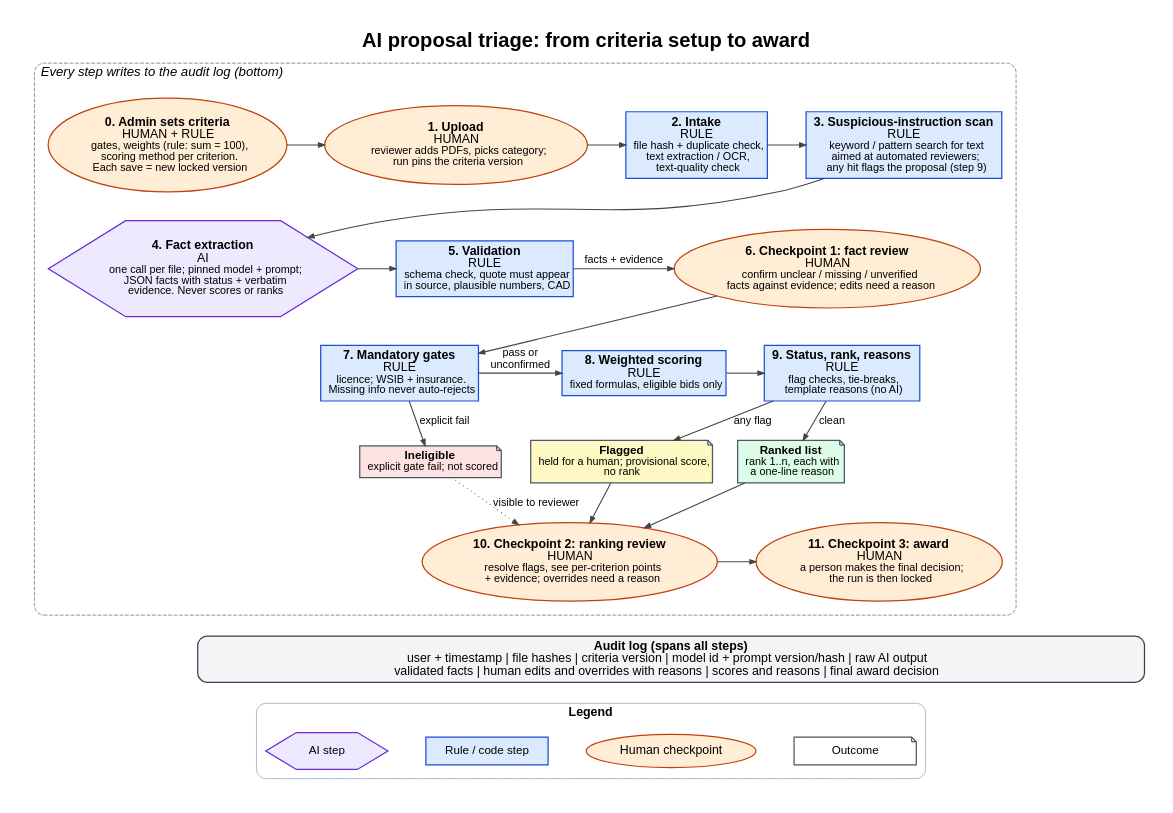
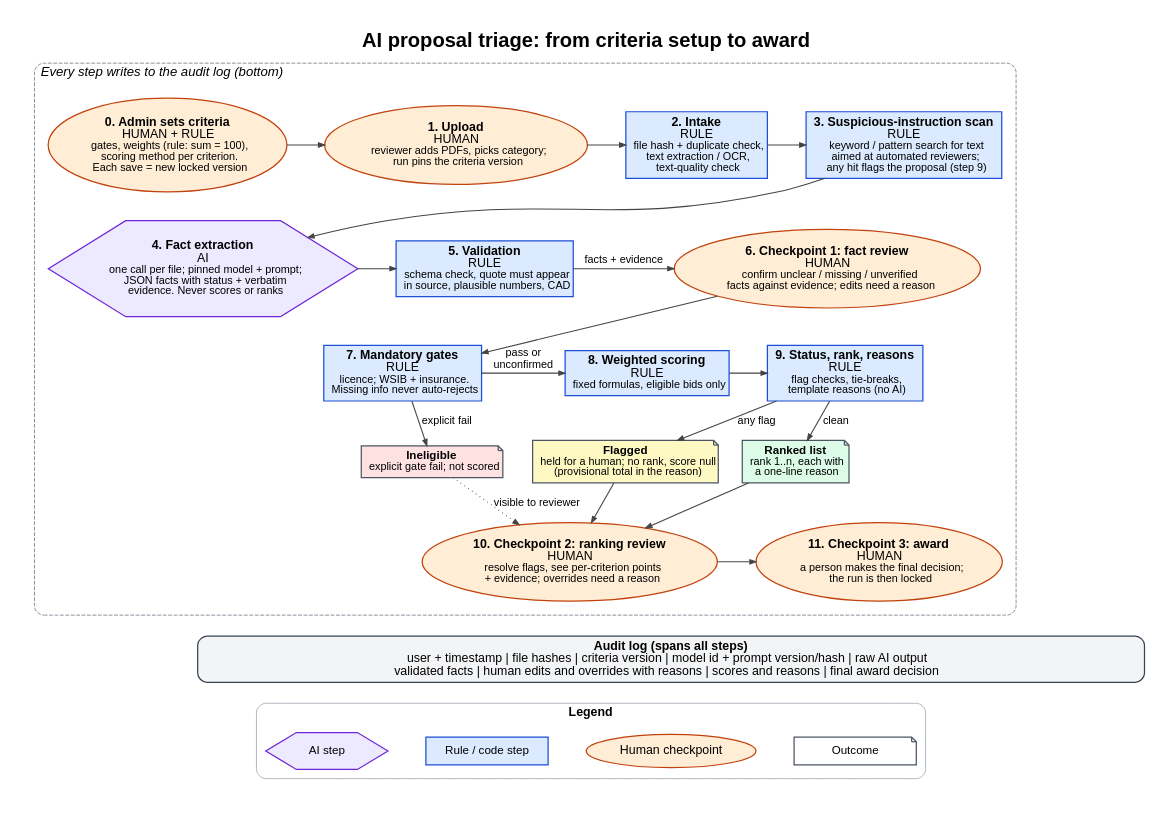
Before and after one commit to mrehanmajeed/matacs-th-2026-02: the diagram in prototype/flow.dot, drawn with Graphviz. The commit also changed 8 other files, not shown here.

Commit message:
fix: null score for flagged proposals per brief format

```diff
--- a/prototype/flow.dot
+++ b/prototype/flow.dot
@@ -1,79 +1,79 @@
 // Source for diagram/process-flow.png
 // Render: dot -Tpng -Gdpi=110 prototype/flow.dot -o diagram/process-flow.png
 digraph triage {
   graph [rankdir=TB, fontname="Arial", fontsize=26, nodesep=0.35, ranksep=0.5, pad=0.4, newrank=true,
          label=<<b>AI proposal triage: from criteria setup to award</b>>, labelloc=t];
   node  [fontname="Arial", fontsize=16, margin="0.14,0.08", penwidth=1.6, style=filled];
   edge  [fontname="Arial", fontsize=14, penwidth=1.4, color="#444444", arrowsize=0.8];
 
   // Step types: RULE = blue box, AI = purple hexagon, HUMAN = orange oval, outcome = grey note
   node [shape=box, fillcolor="#DBEAFE", color="#1D4ED8"];
 
   subgraph cluster_flow {
     label=<<i>Every step writes to the audit log (bottom)</i>>; labeljust=l; fontsize=17;
     style="rounded,dashed"; color="#6B7280"; margin=18;
 
     admin  [shape=ellipse, fillcolor="#FFEDD5", color="#C2410C",
             label=<<b>0. Admin sets criteria</b><br/>HUMAN + RULE<br/><font point-size="14">gates, weights (rule: sum = 100),<br/>scoring method per criterion.<br/>Each save = new locked version</font>>];
     upload [shape=ellipse, fillcolor="#FFEDD5", color="#C2410C",
             label=<<b>1. Upload</b><br/>HUMAN<br/><font point-size="14">reviewer adds PDFs, picks category;<br/>run pins the criteria version</font>>];
     intake [label=<<b>2. Intake</b><br/>RULE<br/><font point-size="14">file hash + duplicate check,<br/>text extraction / OCR,<br/>text-quality check</font>>];
     scan   [label=<<b>3. Suspicious-instruction scan</b><br/>RULE<br/><font point-size="14">keyword / pattern search for text<br/>aimed at automated reviewers;<br/>any hit flags the proposal (step 9)</font>>];
     extract [shape=hexagon, fillcolor="#EDE9FE", color="#6D28D9",
             margin="0.02,0.02", label=<<b>4. Fact extraction</b><br/>AI<br/><font point-size="14">one call per file; pinned model + prompt;<br/>JSON facts with status + verbatim<br/>evidence. Never scores or ranks</font>>];
     validate [label=<<b>5. Validation</b><br/>RULE<br/><font point-size="14">schema check, quote must appear<br/>in source, plausible numbers, CAD</font>>];
     cp1    [shape=ellipse, fillcolor="#FFEDD5", color="#C2410C",
             label=<<b>6. Checkpoint 1: fact review</b><br/>HUMAN<br/><font point-size="14">confirm unclear / missing / unverified<br/>facts against evidence; edits need a reason</font>>];
     gates  [label=<<b>7. Mandatory gates</b><br/>RULE<br/><font point-size="14">licence; WSIB + insurance.<br/>Missing info never auto-rejects</font>>];
     score  [label=<<b>8. Weighted scoring</b><br/>RULE<br/><font point-size="14">fixed formulas, eligible bids only</font>>];
     status [label=<<b>9. Status, rank, reasons</b><br/>RULE<br/><font point-size="14">flag checks, tie-breaks,<br/>template reasons (no AI)</font>>];
     cp2    [shape=ellipse, fillcolor="#FFEDD5", color="#C2410C",
             label=<<b>10. Checkpoint 2: ranking review</b><br/>HUMAN<br/><font point-size="14">resolve flags, see per-criterion points<br/>+ evidence; overrides need a reason</font>>];
     cp3    [shape=ellipse, fillcolor="#FFEDD5", color="#C2410C",
             label=<<b>11. Checkpoint 3: award</b><br/>HUMAN<br/><font point-size="14">a person makes the final decision;<br/>the run is then locked</font>>];
 
     node [shape=note, color="#4B5563", fontsize=15];
     inel   [fillcolor="#FEE2E2", label=<<b>Ineligible</b><br/><font point-size="14">explicit gate fail; not scored</font>>];
-    flag   [fillcolor="#FEF9C3", label=<<b>Flagged</b><br/><font point-size="14">held for a human; provisional score,<br/>no rank</font>>];
+    flag   [fillcolor="#FEF9C3", label=<<b>Flagged</b><br/><font point-size="14">held for a human; no rank, score null<br/>(provisional total in the reason)</font>>];
     ranked [fillcolor="#DCFCE7", label=<<b>Ranked list</b><br/><font point-size="14">rank 1..n, each with<br/>a one-line reason</font>>];
 
     // Row 1 (left to right), row 2 (right to left), row 3 outcomes
     { rank=same; admin; upload; intake; scan; }
     { rank=same; extract; validate; cp1; }
     { rank=same; gates; score; status; }
     { rank=same; inel; flag; ranked; }
     { rank=same; cp2; cp3; }
 
     admin -> upload -> intake -> scan -> extract;
     extract -> validate;
     validate -> cp1 [label=" facts + evidence "];
     cp1 -> gates;
     gates -> score [label=" pass or\n unconfirmed "];
     score -> status;
     gates -> inel [label=" explicit fail "];
     status -> flag [label=" any flag "];
     status -> ranked [label=" clean "];
     scan -> flag [style=invis, constraint=false];  // keeps row order; the hit path is described in step 3
     flag -> cp2;
     ranked -> cp2;
     inel -> cp2 [style=dotted, label=" visible to reviewer "];
     cp2 -> cp3;
   }
 
   audit [shape=box, style="filled,rounded", fillcolor="#F3F4F6", color="#374151", fontsize=16, width=17,
          label=<<b>Audit log (spans all steps)</b><br/>user + timestamp | file hashes | criteria version | model id + prompt version/hash | raw AI output<br/>validated facts | human edits and overrides with reasons | scores and reasons | final award decision>];
   cp2 -> audit [style=invis];
   cp3 -> audit [style=invis];
   audit -> l_human [style=invis];
 
   subgraph cluster_legend {
     label=<<b>Legend</b>>; fontsize=16; style=rounded; color="#9CA3AF"; margin=12;
     node [fontsize=15, width=2.2];
     l_ai    [shape=hexagon, fillcolor="#EDE9FE", color="#6D28D9", label="AI step"];
     l_rule  [shape=box, fillcolor="#DBEAFE", color="#1D4ED8", label="Rule / code step"];
     l_human [shape=ellipse, fillcolor="#FFEDD5", color="#C2410C", label="Human checkpoint"];
     l_out   [shape=note, fillcolor="#FFFFFF", color="#4B5563", label="Outcome"];
     l_ai -> l_rule -> l_human -> l_out [style=invis];
   }
   { rank=same; l_ai; l_rule; l_human; l_out; }
 }
```
